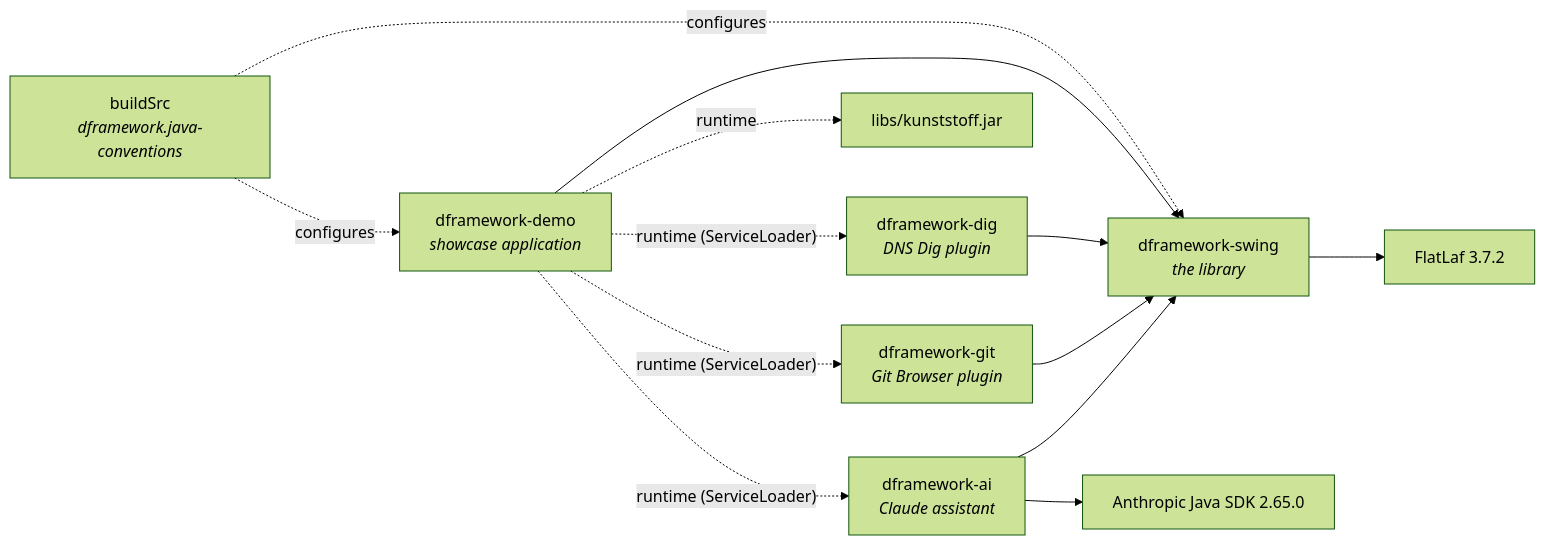
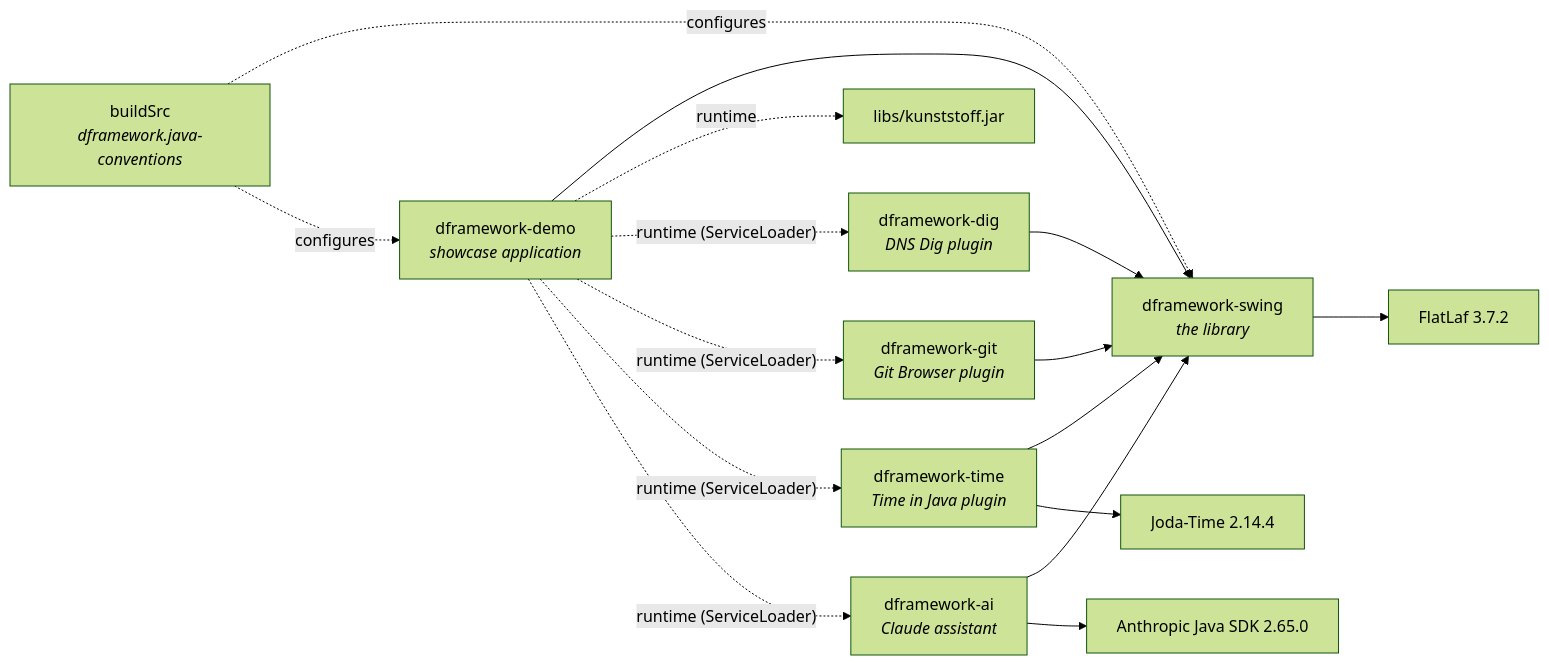
The diagram in docs/TECHNICAL_MANUAL.md (dalixinc/dframework), drawn with Mermaid (forest theme) before and after one commit. The commit also changed other lines of this file and 20 other files, not shown here.

First line of the commit message:
Add Time in Java, a plugin for a talk on why time is hard

````diff
--- a/docs/TECHNICAL_MANUAL.md
+++ b/docs/TECHNICAL_MANUAL.md
@@ -129,15 +129,18 @@
 ```mermaid
 graph LR
     demo["dframework-demo<br/><i>showcase application</i>"] --> swing["dframework-swing<br/><i>the library</i>"]
     dig["dframework-dig<br/><i>DNS Dig plugin</i>"] --> swing
     swing --> flatlaf["FlatLaf 3.7.2"]
     demo -. runtime .-> kunst["libs/kunststoff.jar"]
     demo -. "runtime (ServiceLoader)" .-> dig
     git["dframework-git<br/><i>Git Browser plugin</i>"] --> swing
     demo -. "runtime (ServiceLoader)" .-> git
+    time["dframework-time<br/><i>Time in Java plugin</i>"] --> swing
+    time --> joda["Joda-Time 2.14.4"]
+    demo -. "runtime (ServiceLoader)" .-> time
     ai["dframework-ai<br/><i>Claude assistant</i>"] --> swing
     ai --> sdk["Anthropic Java SDK 2.65.0"]
     demo -. "runtime (ServiceLoader)" .-> ai
     buildSrc["buildSrc<br/><i>dframework.java-conventions</i>"] -. configures .-> swing
     buildSrc -. configures .-> demo
 ```
````
